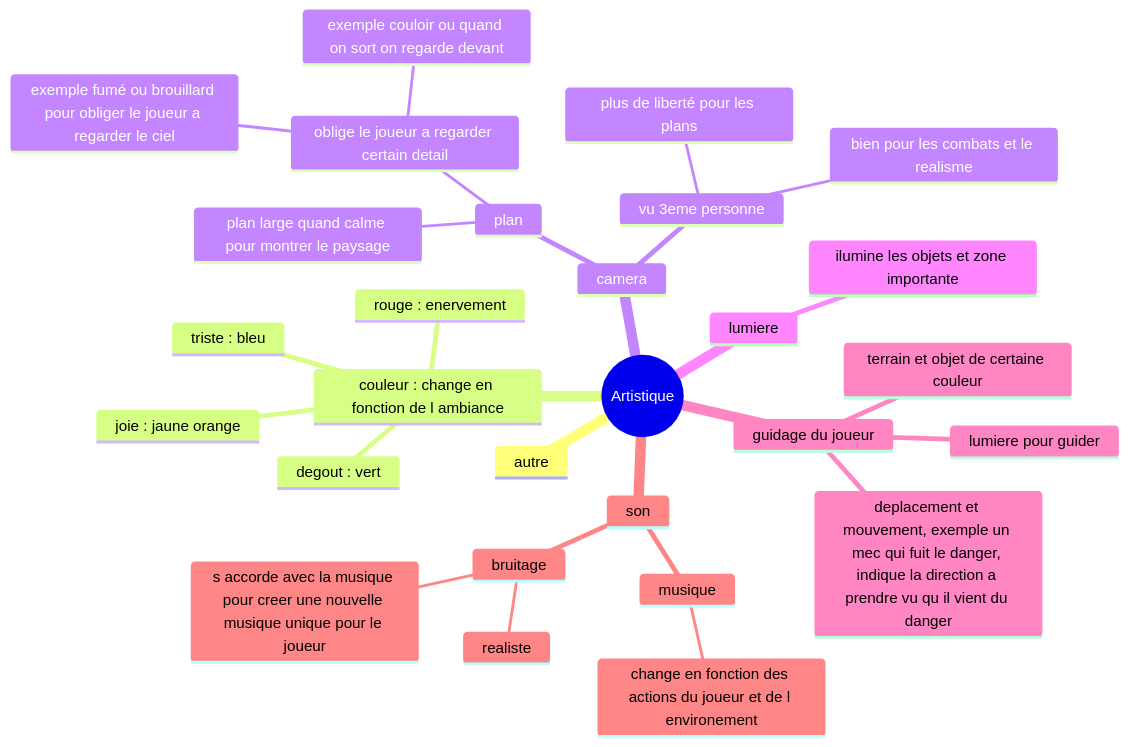
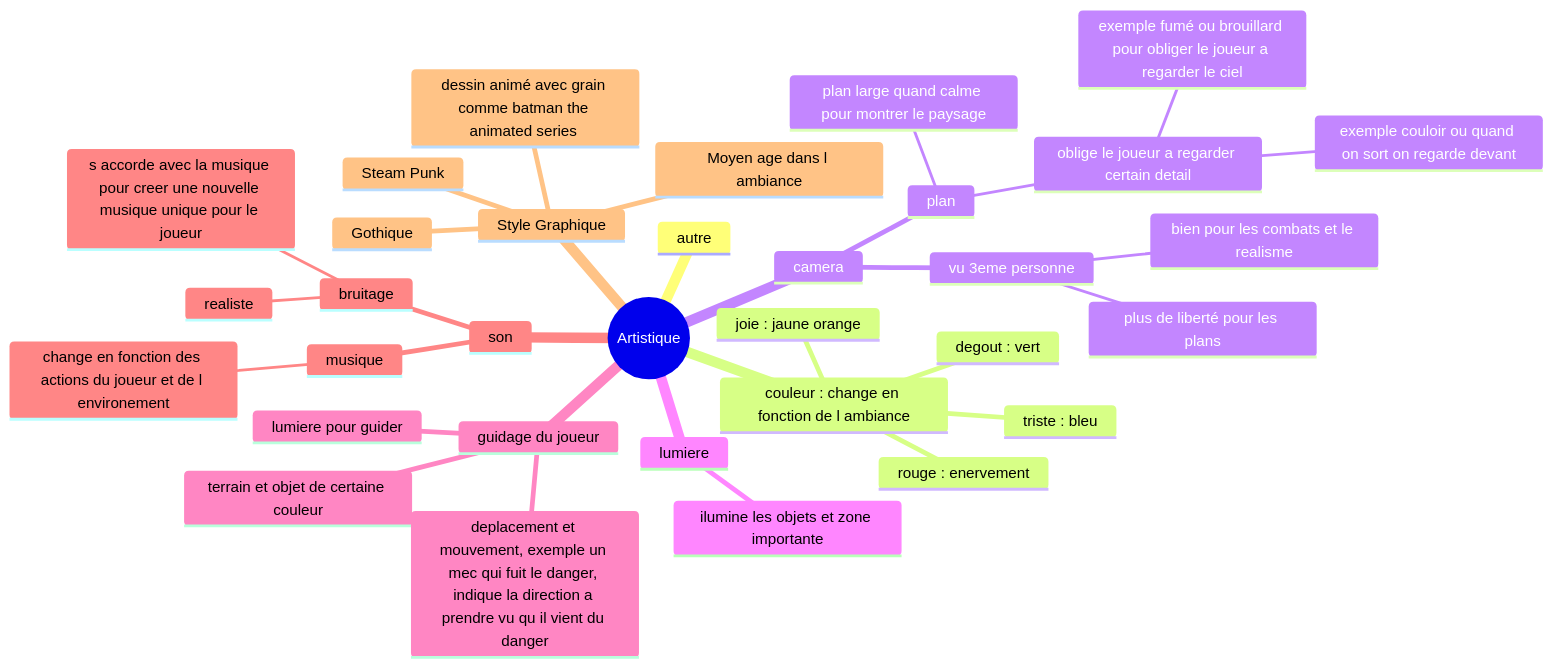
The second of 3 diagrams in README.md (TheoHUETQC/adventure-game), drawn with Mermaid before and after one commit. The commit also changed other lines of this file and 6 other files, not shown here.

````diff
--- a/README.md
+++ b/README.md
@@ -67,31 +76,36 @@
 ```mermaid
 mindmap
   root((Artistique))
     autre
     couleur : change en fonction de l ambiance
       triste : bleu
       degout : vert
       joie : jaune orange
       rouge : enervement
     camera
       plan
         oblige le joueur a regarder certain detail
           exemple fumé ou brouillard pour obliger le joueur a regarder le ciel
           exemple couloir ou quand on sort on regarde devant
         plan large quand calme pour montrer le paysage
       vu 3eme personne
         plus de liberté pour les plans
         bien pour les combats et le realisme
     lumiere
       ilumine les objets et zone importante
     guidage du joueur
       terrain et objet de certaine couleur
       lumiere pour guider
       deplacement et mouvement, exemple un mec qui fuit le danger, indique la direction a prendre vu qu il vient du danger
     son
       musique
         change en fonction des actions du joueur et de l environement
       bruitage
         realiste
         s accorde avec la musique pour creer une nouvelle musique unique pour le joueur
+    Style Graphique
+      Steam Punk
+      Gothique
+      Moyen age dans l ambiance
+      dessin animé avec grain comme batman the animated series 
 ```
````
